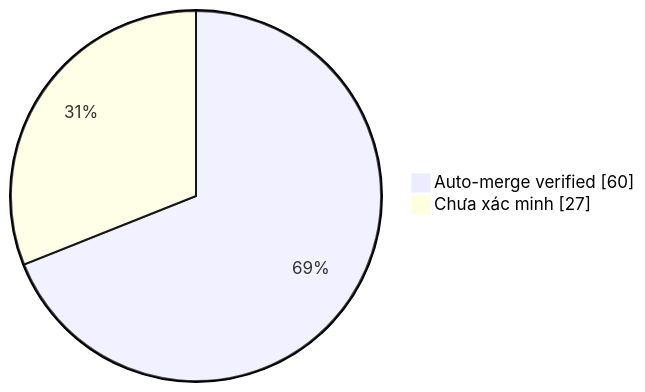
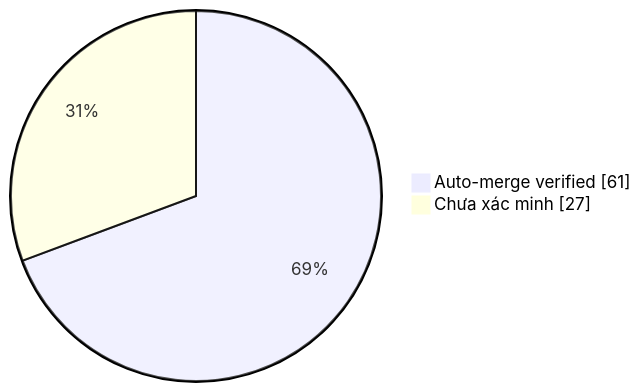
Before and after one commit to duykhang68/tetdinhmuiblog: the diagram in collector.md, drawn with Mermaid. The commit also changed other lines of this file and 1 other file, not shown here.

Commit message:
docs(collector): update auto-merge evidence dashboard

````diff
--- a/collector.md
+++ b/collector.md
@@ -22,5 +22,5 @@
 ```mermaid
 pie showData
-    "Auto-merge verified" : 60
+    "Auto-merge verified" : 61
     "Chưa xác minh" : 27
 ```
````
